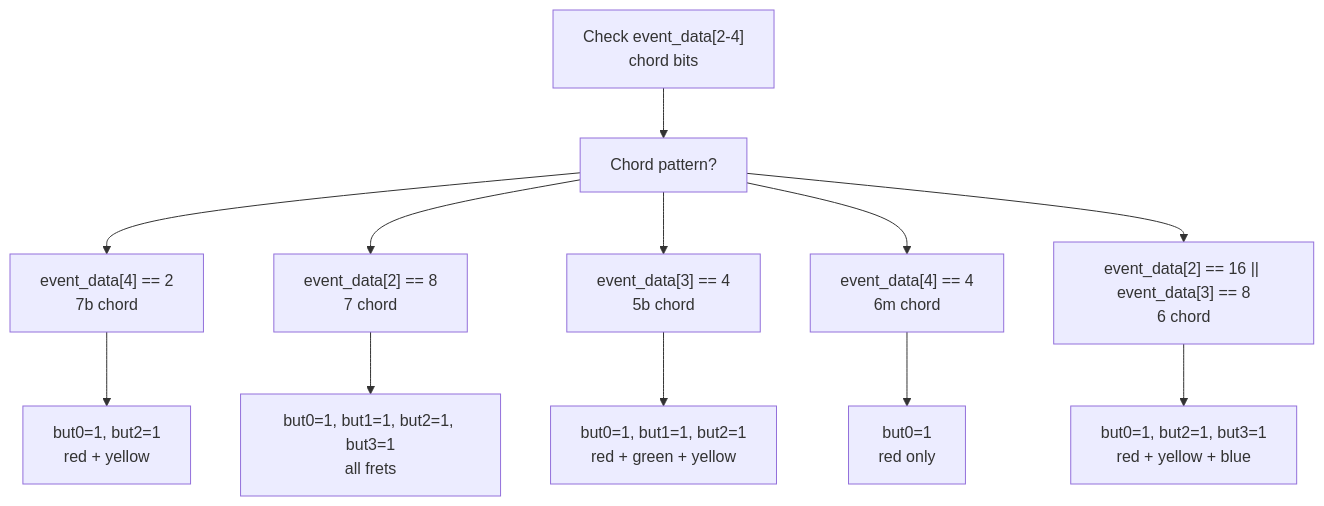
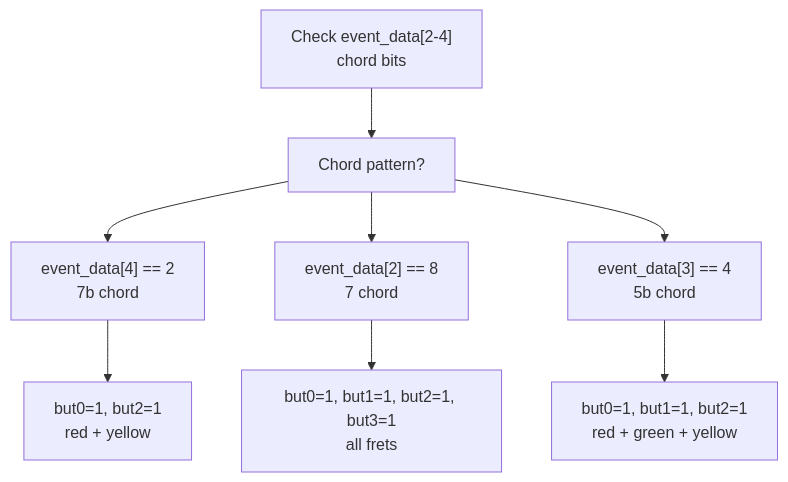
One commit to Jus-Be/orinayo-pico changed the sixth of 8 diagrams in wiki/4.5-specialized-midi-devices.md. Above: the diagram before and after it, drawn with Mermaid. The commit also changed other lines of this file and 42 other files, not shown here.

````diff
--- a/wiki/4.5-specialized-midi-devices.md
+++ b/wiki/4.5-specialized-midi-devices.md
@@ -233,28 +238,20 @@
 ```mermaid
 flowchart TD
 
 Start["Check event_data[2-4]<br>chord bits"]
 Check1["Chord pattern?"]
 Chord1["event_data[4] == 2<br>7b chord"]
 Chord2["event_data[2] == 8<br>7 chord"]
 Chord3["event_data[3] == 4<br>5b chord"]
-Chord4["event_data[4] == 4<br>6m chord"]
-Chord5["event_data[2] == 16 || event_data[3] == 8<br>6 chord"]
 Map1["but0=1, but2=1<br>red + yellow"]
 Map2["but0=1, but1=1, but2=1, but3=1<br>all frets"]
 Map3["but0=1, but1=1, but2=1<br>red + green + yellow"]
-Map4["but0=1<br>red only"]
-Map5["but0=1, but2=1, but3=1<br>red + yellow + blue"]
 
 Start --> Check1
 Check1 --> Chord1
 Check1 --> Chord2
 Check1 --> Chord3
-Check1 --> Chord4
-Check1 --> Chord5
 Chord1 --> Map1
 Chord2 --> Map2
 Chord3 --> Map3
-Chord4 --> Map4
-Chord5 --> Map5
 ```
````
